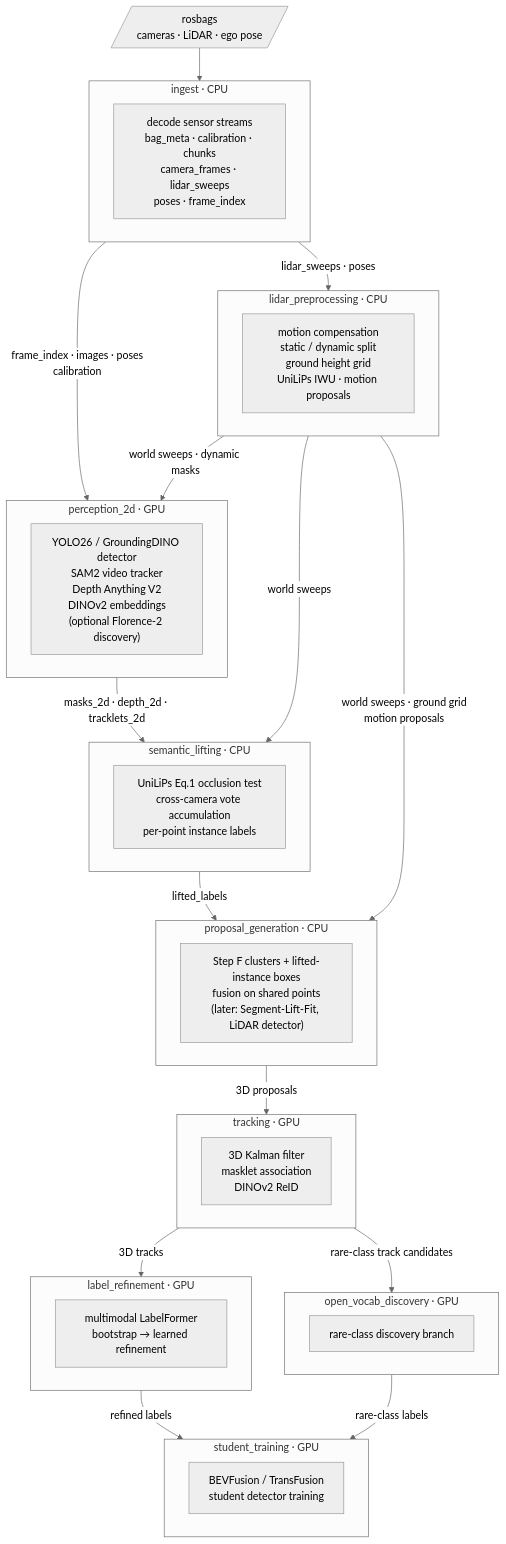
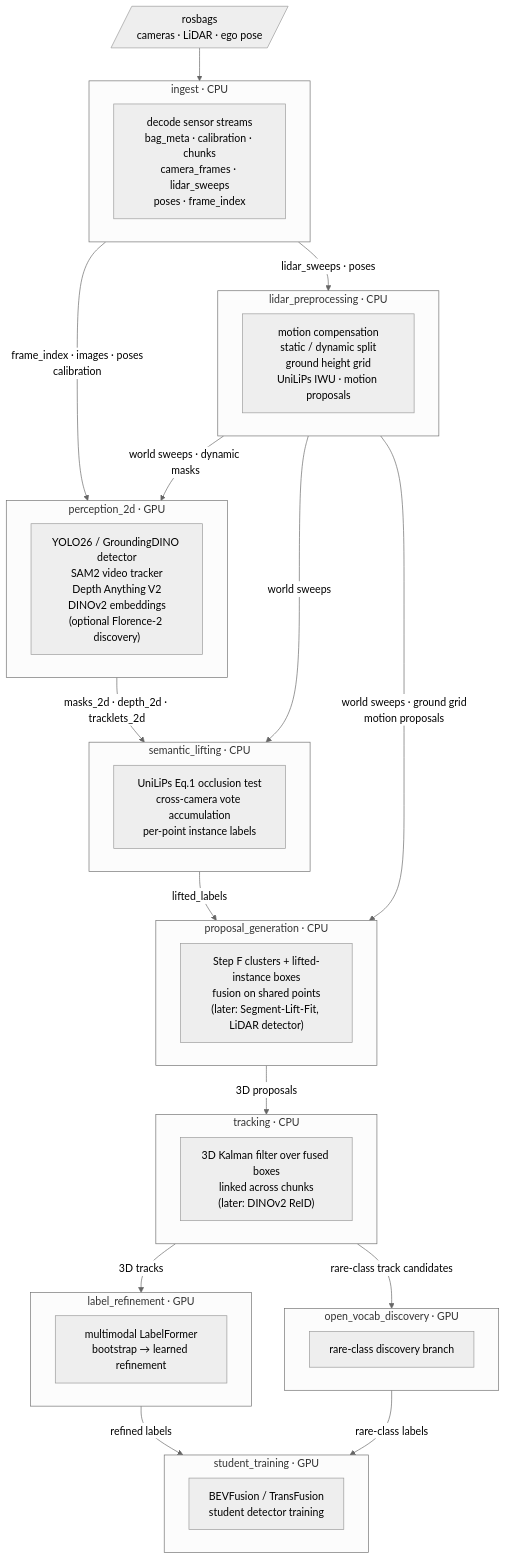
The diagram in README.md (WATonomous/wato_world), drawn with Mermaid (neutral theme) before and after one commit. The commit also changed other lines of this file and 66 other files, not shown here.

````diff
--- a/README.md
+++ b/README.md
@@ -10,54 +10,54 @@
 ```mermaid
 flowchart TD
     BAG[/"rosbags\ncameras · LiDAR · ego pose"/]
 
     subgraph ingest["ingest  ·  CPU"]
         I["decode sensor streams\nbag_meta · calibration · chunks\ncamera_frames · lidar_sweeps\nposes · frame_index"]
     end
 
     subgraph lidar_prep["lidar_preprocessing  ·  CPU"]
         LP["motion compensation\nstatic / dynamic split\nground height grid\nUniLiPs IWU · motion proposals"]
     end
 
     subgraph perception_2d["perception_2d  ·  GPU"]
         P2["YOLO26 / GroundingDINO detector\nSAM2 video tracker\nDepth Anything V2\nDINOv2 embeddings\n(optional Florence-2 discovery)"]
     end
 
     subgraph semantic_lifting["semantic_lifting  ·  CPU"]
         SL["UniLiPs Eq.1 occlusion test\ncross-camera vote accumulation\nper-point instance labels"]
     end
 
     subgraph proposal_gen["proposal_generation  ·  CPU"]
         PG["Step F clusters + lifted-instance boxes\nfusion on shared points\n(later: Segment-Lift-Fit, LiDAR detector)"]
     end
 
-    subgraph tracking["tracking  ·  GPU"]
-        TR["3D Kalman filter\nmasklet association\nDINOv2 ReID"]
+    subgraph tracking["tracking  ·  CPU"]
+        TR["3D Kalman filter over fused boxes\nlinked across chunks\n(later: DINOv2 ReID)"]
     end
 
     subgraph label_ref["label_refinement  ·  GPU"]
         LR["multimodal LabelFormer\nbootstrap → learned refinement"]
     end
 
     subgraph ovd["open_vocab_discovery  ·  GPU"]
         OV["rare-class discovery branch"]
     end
 
     subgraph student["student_training  ·  GPU"]
         ST["BEVFusion / TransFusion\nstudent detector training"]
     end
 
     BAG --> ingest
     ingest -- "frame_index · images · poses\ncalibration" --> perception_2d
     ingest -- "lidar_sweeps · poses" --> lidar_prep
     lidar_prep -- "world sweeps · dynamic masks" --> perception_2d
     lidar_prep -- "world sweeps" --> semantic_lifting
     perception_2d -- "masks_2d · depth_2d · tracklets_2d" --> semantic_lifting
     semantic_lifting -- "lifted_labels" --> proposal_gen
     lidar_prep -- "world sweeps · ground grid\nmotion proposals" --> proposal_gen
     proposal_gen -- "3D proposals" --> tracking
     tracking -- "3D tracks" --> label_ref
     tracking -- "rare-class track candidates" --> ovd
     label_ref -- "refined labels" --> student
     ovd -- "rare-class labels" --> student
 ```
````
